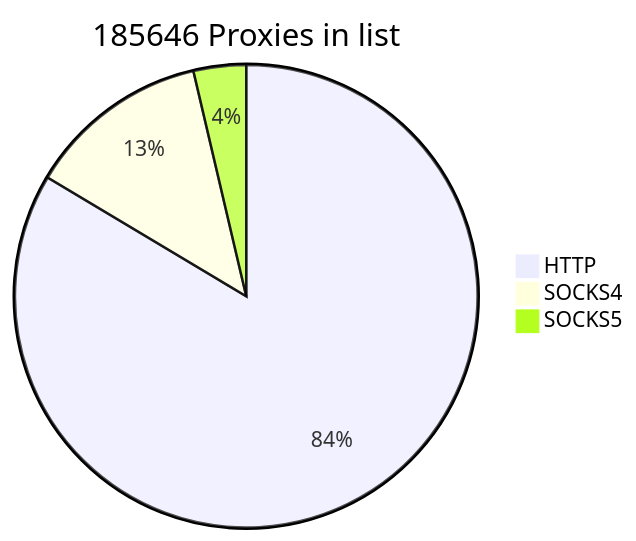
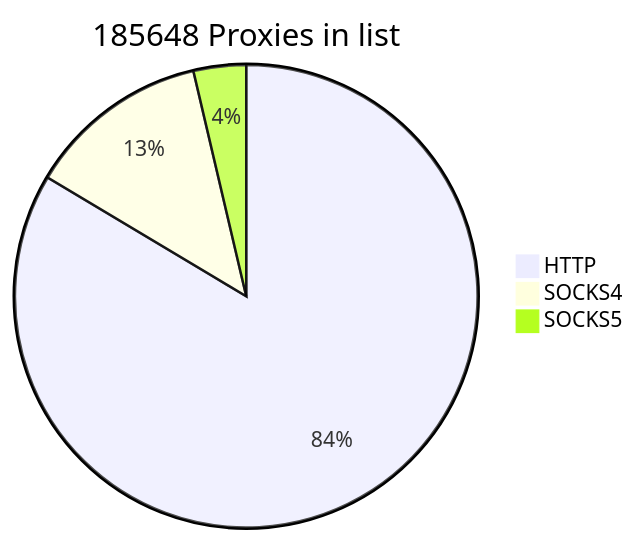
The first of 2 diagrams in README.md (cutipu/proxylist), drawn with Mermaid before and after one commit. The commit also changed other lines of this file, not shown here.

````diff
--- a/README.md
+++ b/README.md
@@ -2,7 +2,7 @@
 ```mermaid
-pie title 185646 Proxies in list
-    "HTTP" : 155155
+pie title 185648 Proxies in list
+    "HTTP" : 155156
     "SOCKS4" : 23680
-    "SOCKS5" : 6811
+    "SOCKS5" : 6812
             
 ```
````
